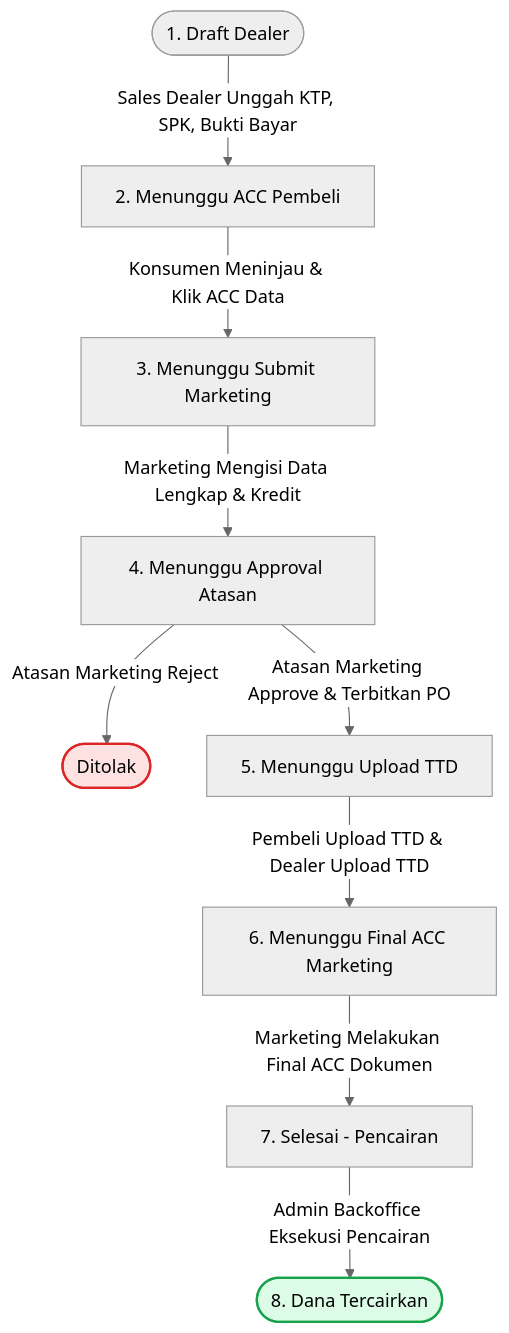
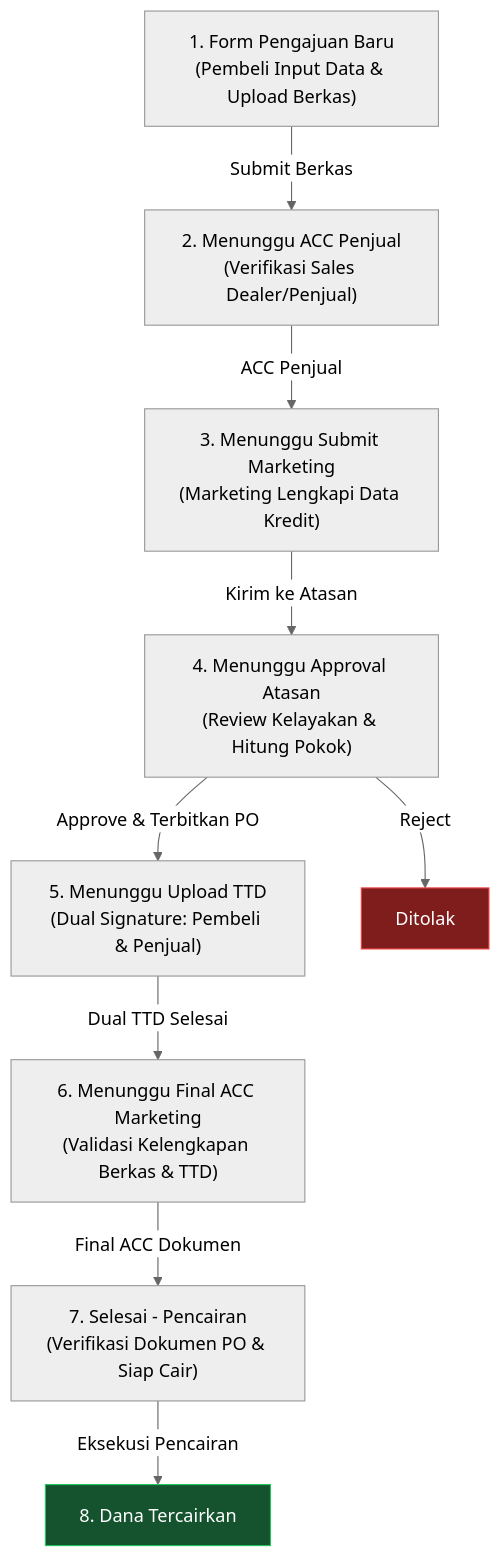
Before and after one commit to VagrantAssassin/bca-auto-finance-flow: the diagram in README.md, drawn with Mermaid (neutral theme). The commit also changed other lines of this file and 2 other files, not shown here.

Commit message:
Fix  inverted logic in Pembeli and Dealer

````diff
--- a/README.md
+++ b/README.md
@@ -50,18 +50,26 @@
 ```mermaid
 flowchart TD
-    Draft([1. Draft Dealer]) -->|Sales Dealer Unggah KTP, SPK, Bukti Bayar| ACC_Pembeli[2. Menunggu ACC Pembeli]
-    ACC_Pembeli -->|Konsumen Meninjau & Klik ACC Data| Submit_Mkt[3. Menunggu Submit Marketing]
-    Submit_Mkt -->|Marketing Mengisi Data Lengkap & Kredit| Review_Atasan[4. Menunggu Approval Atasan]
-    
-    Review_Atasan -->|Atasan Marketing Reject| Ditolak([Ditolak])
-    Review_Atasan -->|Atasan Marketing Approve & Terbitkan PO| Upload_TTD[5. Menunggu Upload TTD]
-    
-    Upload_TTD -->|Pembeli Upload TTD & Dealer Upload TTD| Final_ACC[6. Menunggu Final ACC Marketing]
-    Final_ACC -->|Marketing Melakukan Final ACC Dokumen| Selesai[7. Selesai - Pencairan]
-    Selesai -->|Admin Backoffice Eksekusi Pencairan| Cair([8. Dana Tercairkan])
+    A["1. Form Pengajuan Baru<br/>(Pembeli Input Data & Upload Berkas)"]
+    B["2. Menunggu ACC Penjual<br/>(Verifikasi Sales Dealer/Penjual)"]
+    C["3. Menunggu Submit Marketing<br/>(Marketing Lengkapi Data Kredit)"]
+    D["4. Menunggu Approval Atasan<br/>(Review Kelayakan & Hitung Pokok)"]
+    E["5. Menunggu Upload TTD<br/>(Dual Signature: Pembeli & Penjual)"]
+    F["6. Menunggu Final ACC Marketing<br/>(Validasi Kelengkapan Berkas & TTD)"]
+    G["7. Selesai - Pencairan<br/>(Verifikasi Dokumen PO & Siap Cair)"]
+    H["8. Dana Tercairkan"]
+    X["Ditolak"]
 
-    classDef success fill:#dcfce7,stroke:#16a34a,stroke-width:2px;
-    classDef reject fill:#fee2e2,stroke:#dc2626,stroke-width:2px;
-    class Cair success;
-    class Ditolak reject;
+    A -->|Submit Berkas| B
+    B -->|ACC Penjual| C
+    C -->|Kirim ke Atasan| D
+    D -->|Approve & Terbitkan PO| E
+    D -->|Reject| X
+    E -->|Dual TTD Selesai| F
+    F -->|Final ACC Dokumen| G
+    G -->|Eksekusi Pencairan| H
+
+    classDef success fill:#14532d,stroke:#22c55e,color:#ffffff;
+    classDef reject fill:#7f1d1d,stroke:#ef4444,color:#ffffff;
+    class H success;
+    class X reject;
 ```
````
